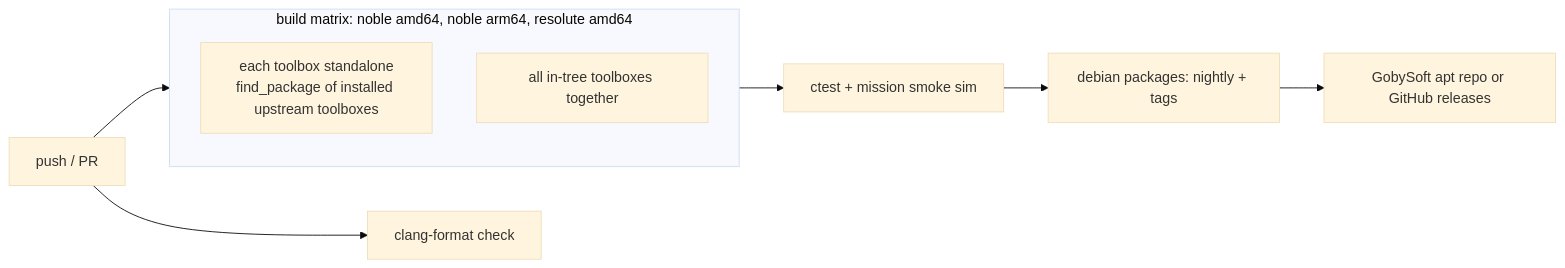
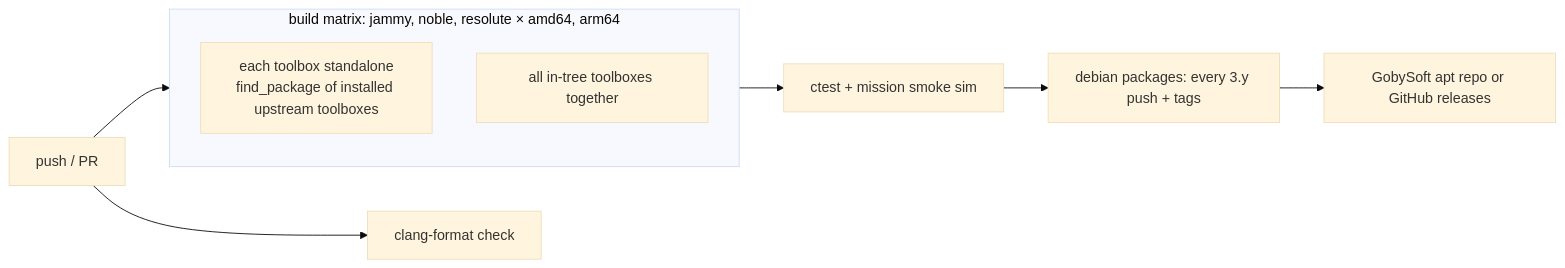
The second of 2 diagrams in core/src/doc/plan/claude/04-dependencies-ci-packaging.md (GobySoft/lamss3), drawn with Mermaid (base theme) before and after one commit. The commit also changed other lines of this file and 11 other files, not shown here.

````diff
--- a/core/src/doc/plan/claude/04-dependencies-ci-packaging.md
+++ b/core/src/doc/plan/claude/04-dependencies-ci-packaging.md
@@ -51,12 +50,12 @@
 ```mermaid
 flowchart LR
   push[push / PR] --> fmt[clang-format check]
   push --> matrix
-  subgraph matrix [build matrix: noble amd64, noble arm64, resolute amd64]
+  subgraph matrix [build matrix: jammy, noble, resolute × amd64, arm64]
     each[each toolbox standalone<br/>find_package of installed upstream toolboxes]
     all[all in-tree toolboxes together]
   end
   matrix --> test[ctest + mission smoke sim]
-  test --> pkg[debian packages: nightly + tags]
+  test --> pkg[debian packages: every 3.y push + tags]
   pkg --> apt[GobySoft apt repo or GitHub releases]
 ```
````
